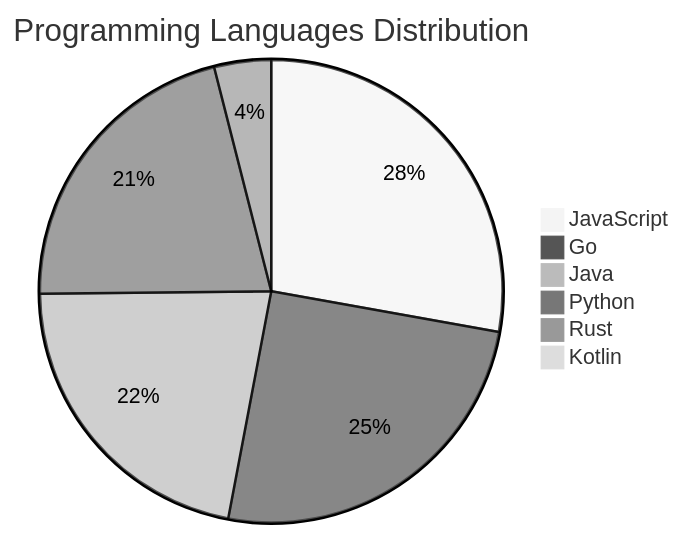
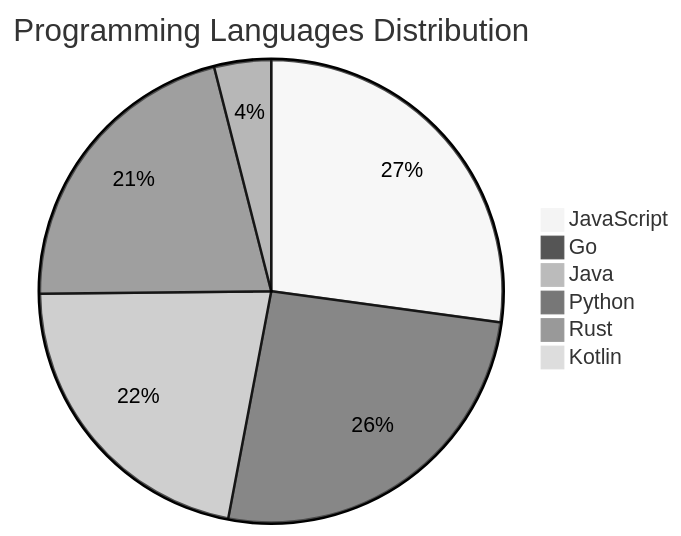
One commit to Derrick-MUGISHA/github-activity-bot changed the diagram in README.md. Above: the diagram before and after it, drawn with Mermaid (neutral theme). The commit also changed other lines of this file and 4 other files, not shown here.

````diff
--- a/README.md
+++ b/README.md
@@ -206,9 +206,9 @@
 ```mermaid
 pie title Programming Languages Distribution
-    "JavaScript" : 42
-    "Go" : 38
+    "JavaScript" : 41
+    "Go" : 39
     "Java" : 33
     "Python" : 32
     "Rust" : 6
     "Kotlin" : 1
 ```
````
